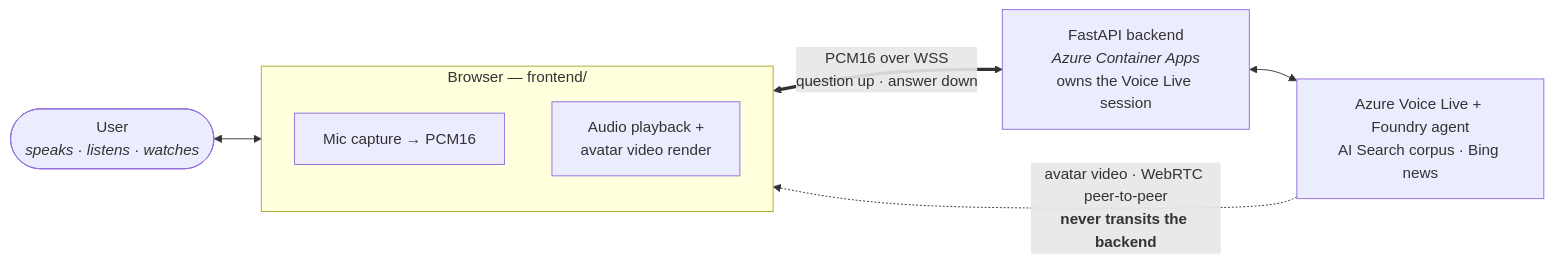
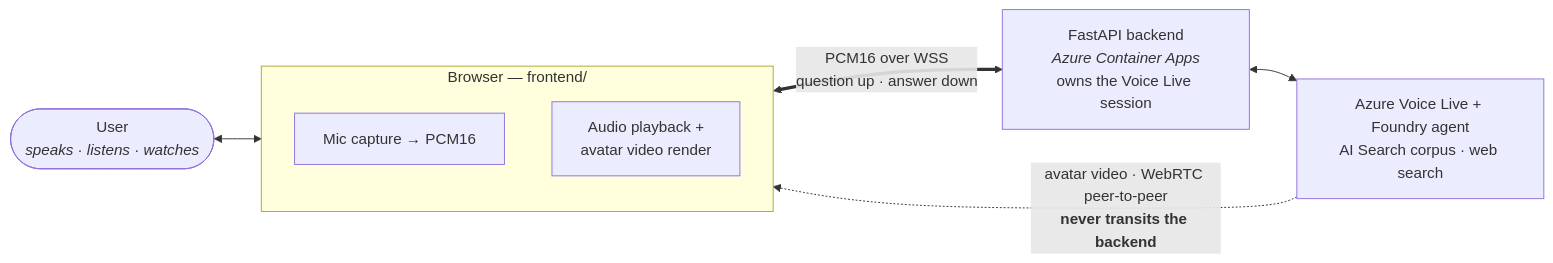
Before and after one commit to SridharArrabelly/avatar-forge: the diagram in docs/channels/a-web.md, drawn with Mermaid. The commit also changed other lines of this file and 45 other files, not shown here.

First line of the commit message:
Web IQ as the agent's web tool, and the default for new environments (#148)

````diff
--- a/docs/channels/a-web.md
+++ b/docs/channels/a-web.md
@@ -18,18 +18,18 @@
 ```mermaid
 flowchart LR
     U(["User<br/><i>speaks · listens · watches</i>"])
 
     subgraph BR["Browser — frontend/"]
         direction TB
         MIC["Mic capture → PCM16"]
         PLAY["Audio playback +<br/>avatar video render"]
     end
 
     APP["FastAPI backend<br/><i>Azure Container Apps</i><br/>owns the Voice Live session"]
-    CORE["Azure Voice Live + Foundry agent<br/>AI Search corpus · Bing news"]
+    CORE["Azure Voice Live + Foundry agent<br/>AI Search corpus · web search"]
 
     U <--> BR
     BR <== "PCM16 over WSS<br/>question up · answer down" ==> APP
     APP <--> CORE
     CORE -. "avatar video · WebRTC peer-to-peer<br/><b>never transits the backend</b>" .-> PLAY
 ```
````
